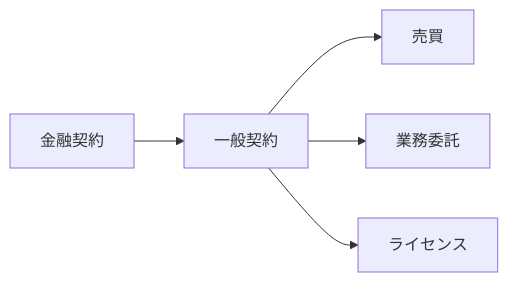
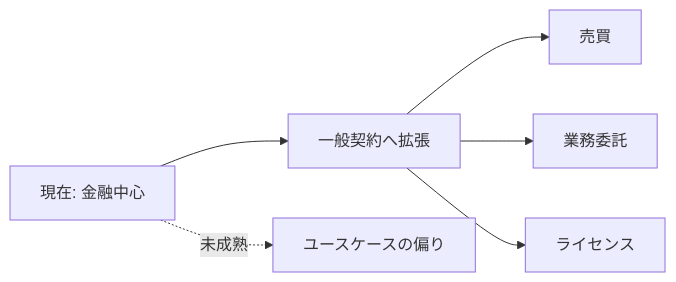
The diagram in slides/SL11.md (NyxFoundation/presentation-agent), drawn with Mermaid before and after one commit. The commit also changed other lines of this file and 5 other files, not shown here.

````diff
--- a/slides/SL11.md
+++ b/slides/SL11.md
@@ -7,7 +8,8 @@
-```mermaid
+```mermaid {scale: 0.85}
 flowchart LR
-  A[金融契約] --> B[一般契約]
+  A[現在: 金融中心] --> B[一般契約へ拡張]
+  A -.->|未成熟| G[ユースケースの偏り]
   B --> C[売買]
   B --> D[業務委託]
   B --> E[ライセンス]
 ```
````
